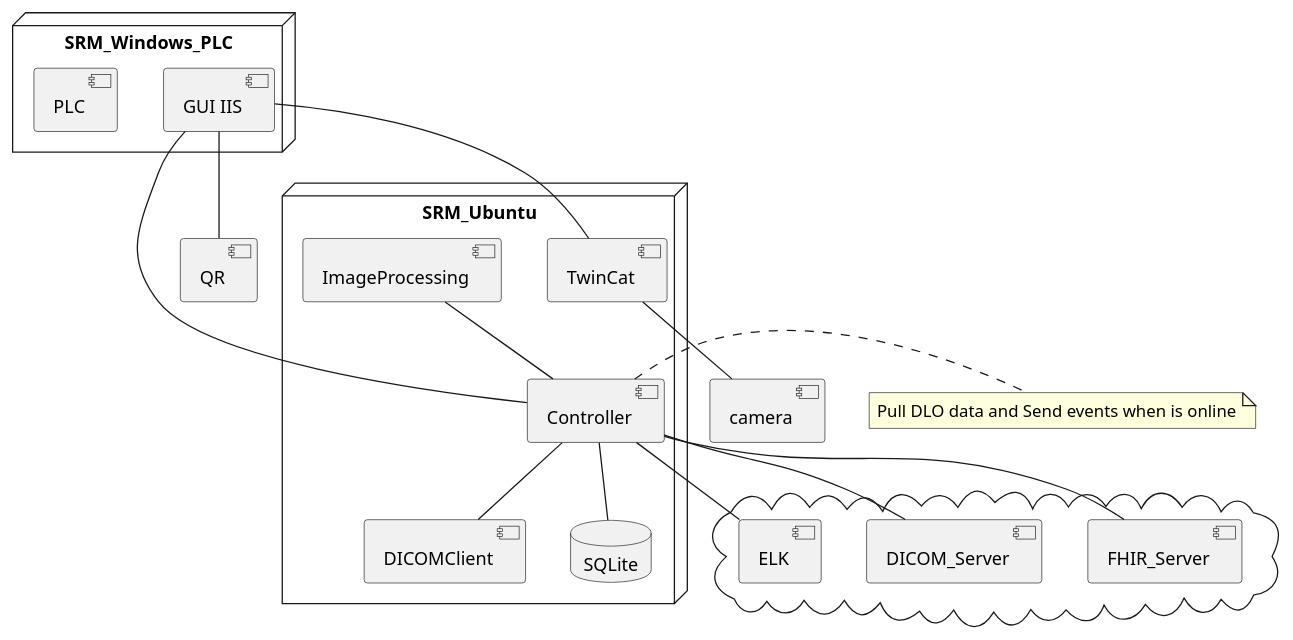
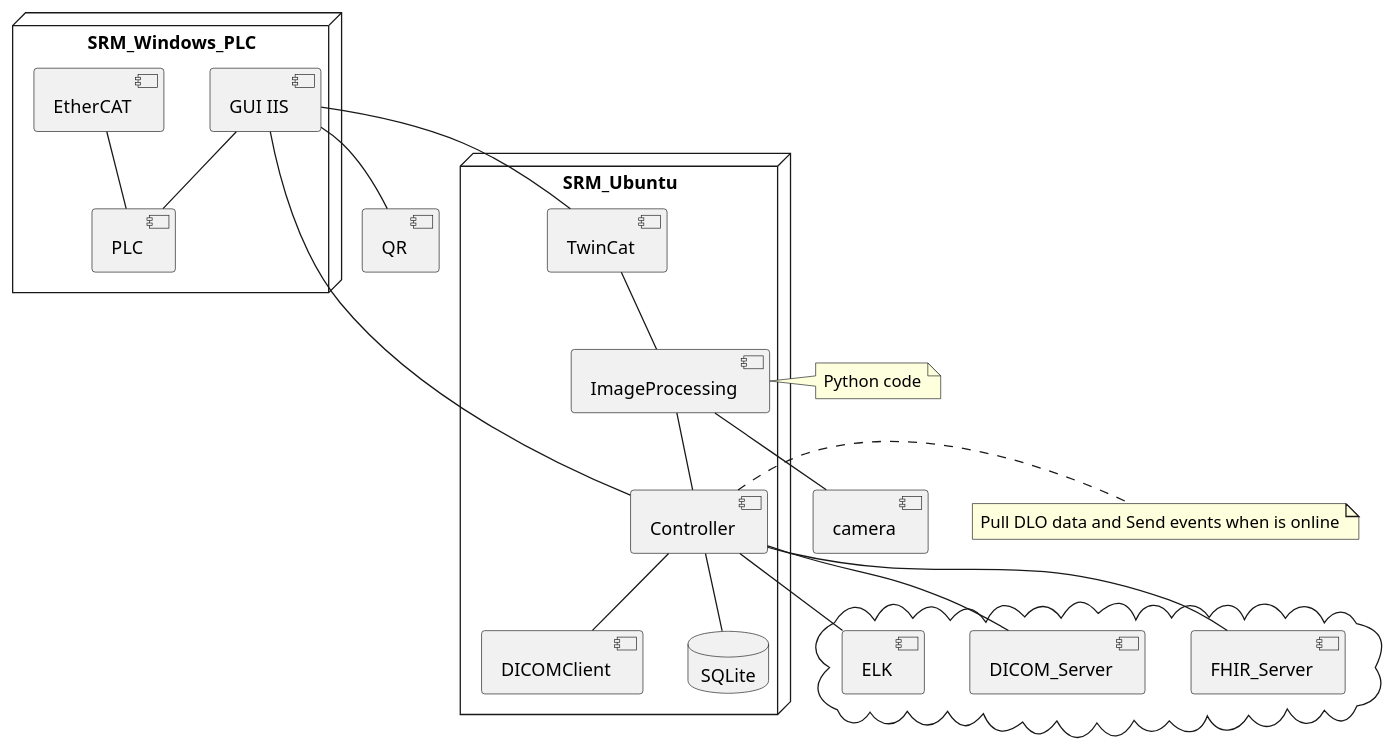
One commit to Qojgjg/playing-java-quarkus-mono changed the diagram in hapi-fhir/src/plantuml/srm_components_proposal.puml. Above: the diagram before and after it, drawn with PlantUML. The commit also changed 7 other files, not shown here.

```diff
--- a/hapi-fhir/src/plantuml/srm_components_proposal.puml
+++ b/hapi-fhir/src/plantuml/srm_components_proposal.puml
@@ -1,35 +1,41 @@
 @startuml
 
 node SRM_Ubuntu{
 
       [TwinCat]
       [ImageProcessing]
        [Controller]
      [DICOMClient]
     database SQLite    
 }
 
 node SRM_Windows_PLC {
      [GUI IIS]
+          [EtherCAT]
      [PLC]
 }
 
 note right of Controller : Pull DLO data and Send events when is online
+
+note right of ImageProcessing : Python code
 
 cloud {
     [FHIR_Server]
     [DICOM_Server]
     [ELK]
 }
 
+[EtherCAT]--[PLC]
+[GUI IIS]--[PLC]
 [GUI IIS]--[TwinCat]
 [GUI IIS]--[QR]
 [GUI IIS]--[Controller]
-[TwinCat]--[camera]
+[TwinCat]--[ImageProcessing]
 [ImageProcessing] -- [Controller]
+[ImageProcessing] -- [camera]
 [Controller]--[SQLite]
 [Controller]--[DICOMClient]
 [Controller]--[FHIR_Server]
 [Controller]--[DICOM_Server]
 [Controller]--[ELK]
 @enduml
```
